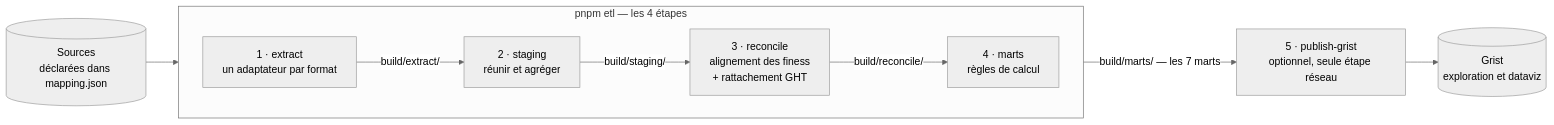
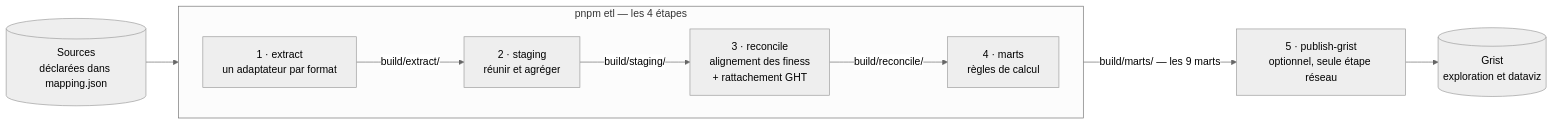
The diagram in apps/data-analyzer/README.md (betagouv/transport-sanitaire), drawn with Mermaid (neutral theme) before and after one commit. The commit also changed other lines of this file and 8 other files, not shown here.

````diff
--- a/apps/data-analyzer/README.md
+++ b/apps/data-analyzer/README.md
@@ -19,19 +19,19 @@
 ```mermaid
 flowchart LR
     SRC[("Sources<br/>déclarées dans mapping.json")]
 
     subgraph ETL["pnpm etl — les 4 étapes"]
         direction LR
         E["1 · extract<br/>un adaptateur par format"]
         S["2 · staging<br/>réunir et agréger"]
         R["3 · reconcile<br/>alignement des finess<br/>+ rattachement GHT"]
         M["4 · marts<br/>règles de calcul"]
         E -->|"build/extract/"| S -->|"build/staging/"| R -->|"build/reconcile/"| M
     end
 
     P["5 · publish-grist<br/>optionnel, seule étape réseau"]
     G[("Grist<br/>exploration et dataviz")]
 
     SRC --> E
-    M -->|"build/marts/ — les 7 marts"| P --> G
+    M -->|"build/marts/ — les 9 marts"| P --> G
 ```
````
